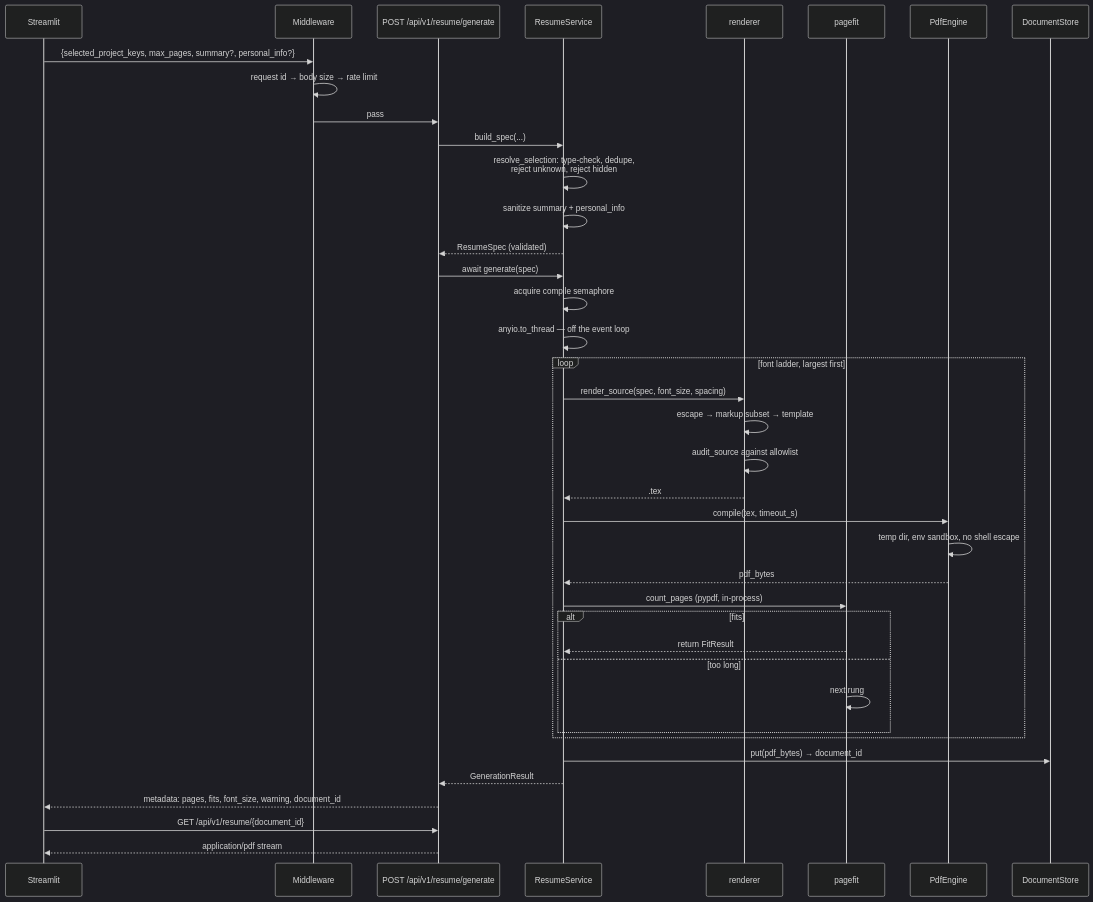
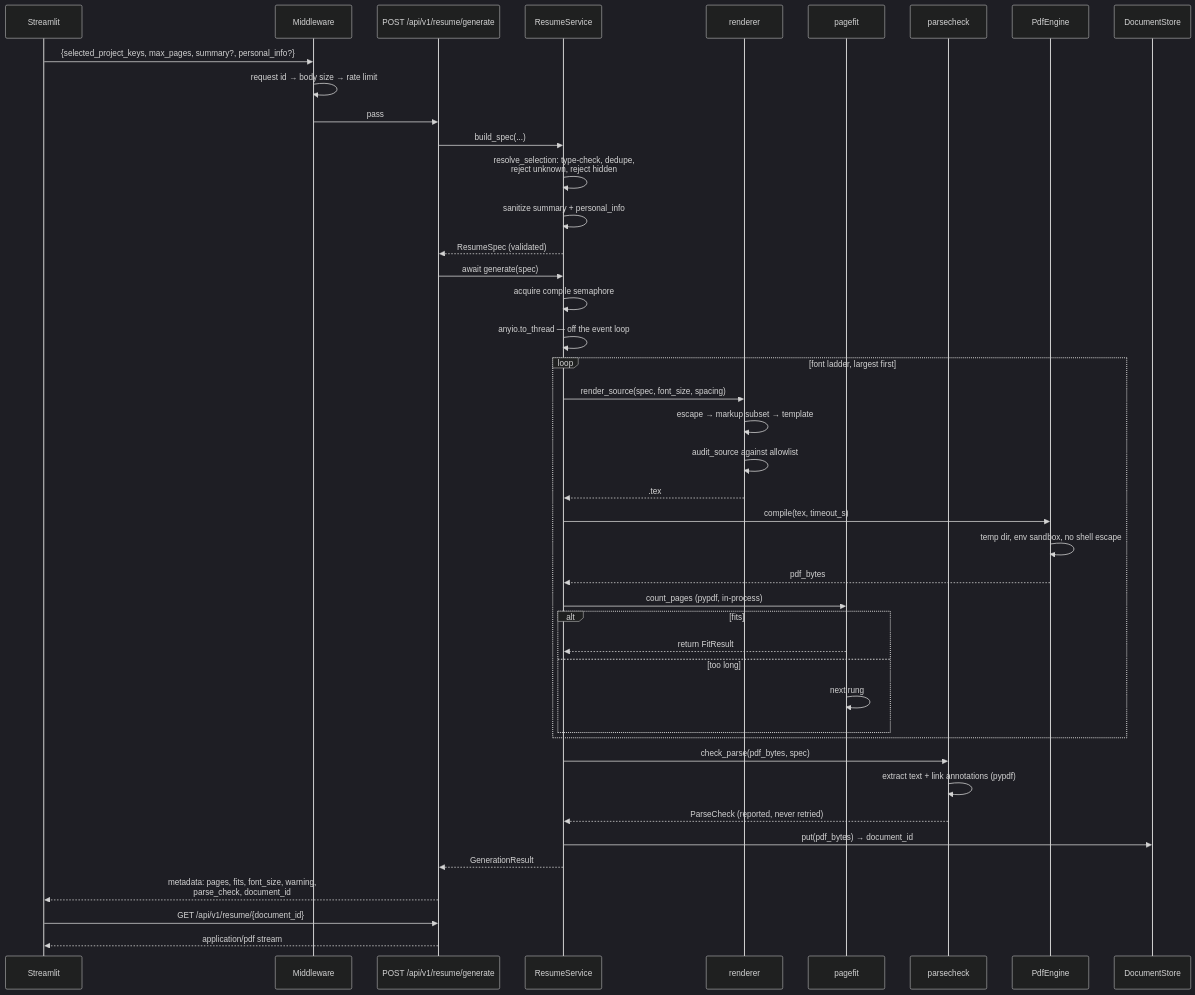
One commit to melvinmathew9991/resume-tailoring-tool changed the fourth of 5 diagrams in docs/ARCHITECTURE.md. Above: the diagram before and after it, drawn with Mermaid (dark theme). The commit also changed other lines of this file and 15 other files, not shown here.

````diff
--- a/docs/ARCHITECTURE.md
+++ b/docs/ARCHITECTURE.md
@@ -238,44 +239,48 @@
 ```mermaid
 sequenceDiagram
   participant U as Streamlit
   participant MW as Middleware
   participant A as POST /api/v1/resume/generate
   participant S as ResumeService
   participant R as renderer
   participant P as pagefit
+  participant C as parsecheck
   participant E as PdfEngine
   participant D as DocumentStore
 
   U->>MW: {selected_project_keys, max_pages, summary?, personal_info?}
   MW->>MW: request id → body size → rate limit
   MW->>A: pass
   A->>S: build_spec(...)
   S->>S: resolve_selection: type-check, dedupe,<br/>reject unknown, reject hidden
   S->>S: sanitize summary + personal_info
   S-->>A: ResumeSpec (validated)
   A->>S: await generate(spec)
   S->>S: acquire compile semaphore
   S->>S: anyio.to_thread — off the event loop
 
   loop font ladder, largest first
     S->>R: render_source(spec, font_size, spacing)
     R->>R: escape → markup subset → template
     R->>R: audit_source against allowlist
     R-->>S: .tex
     S->>E: compile(tex, timeout_s)
     E->>E: temp dir, env sandbox, no shell escape
     E-->>S: pdf_bytes
     S->>P: count_pages (pypdf, in-process)
     alt fits
       P-->>S: return FitResult
     else too long
       P->>P: next rung
     end
   end
 
+  S->>C: check_parse(pdf_bytes, spec)
+  C->>C: extract text + link annotations (pypdf)
+  C-->>S: ParseCheck (reported, never retried)
   S->>D: put(pdf_bytes) → document_id
   S-->>A: GenerationResult
-  A-->>U: metadata: pages, fits, font_size, warning, document_id
+  A-->>U: metadata: pages, fits, font_size, warning,<br/>parse_check, document_id
   U->>A: GET /api/v1/resume/{document_id}
   A-->>U: application/pdf stream
 ```
````
